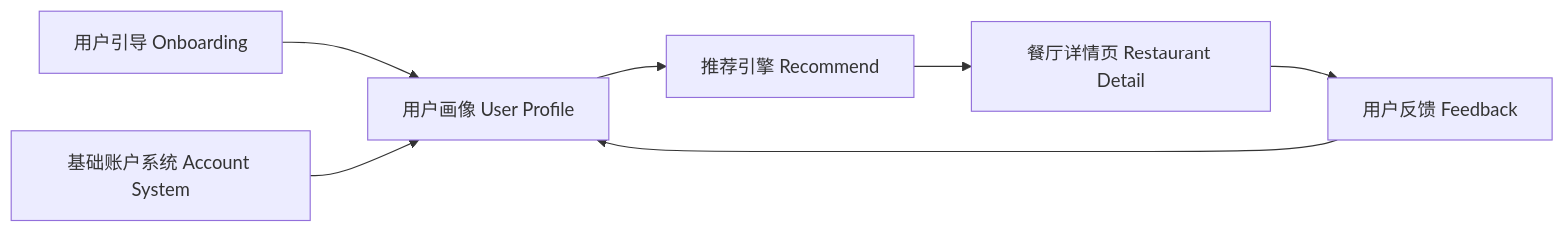
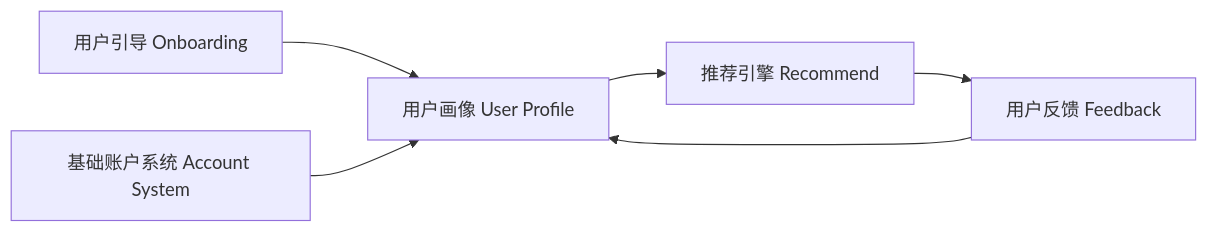
One commit to zsmelfry/RAG_Restaurant changed the diagram in Doc/应用功能图.mmd. Above: the diagram before and after it, drawn with Mermaid. The commit also changed 1 other file, not shown here.

```diff
--- a/Doc/应用功能图.mmd
+++ b/Doc/应用功能图.mmd
@@ -1,8 +1,7 @@
 flowchart LR
     A[用户引导 Onboarding] --> E[用户画像 User Profile]
     E --> B[推荐引擎 Recommend]
-    B --> C[餐厅详情页 Restaurant Detail]
-    C --> D[用户反馈 Feedback]
+    B --> D[用户反馈 Feedback]
     D --> E
 
     H[基础账户系统 Account System] --> E
```
